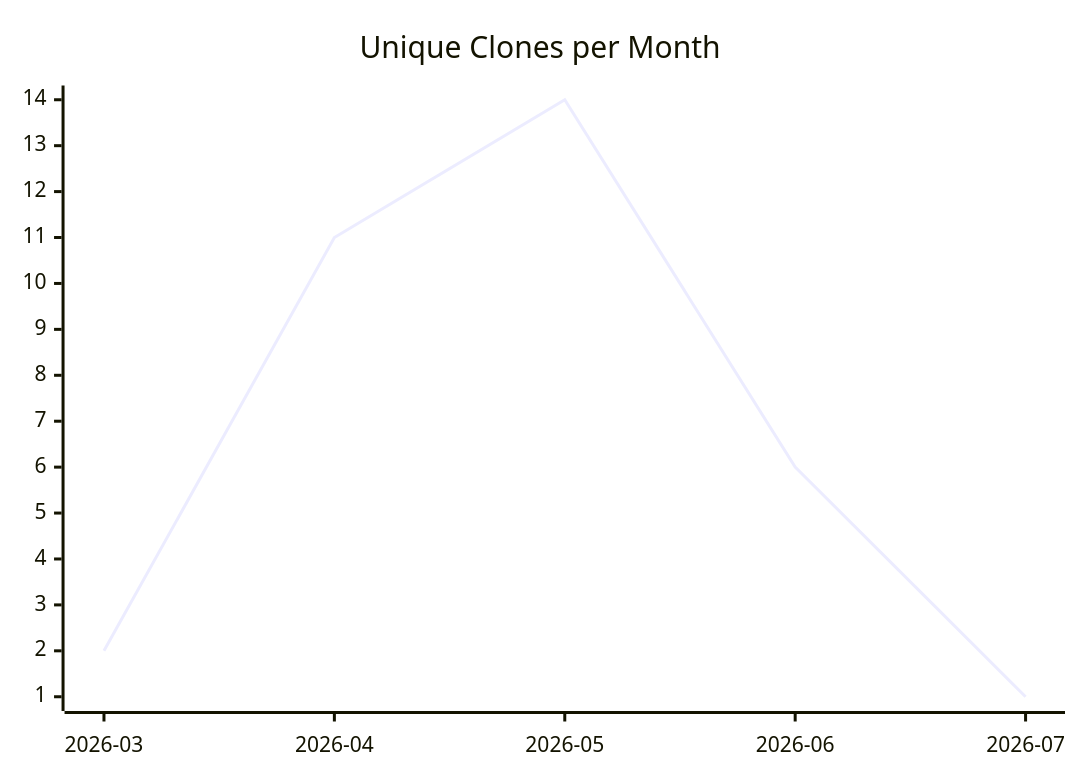
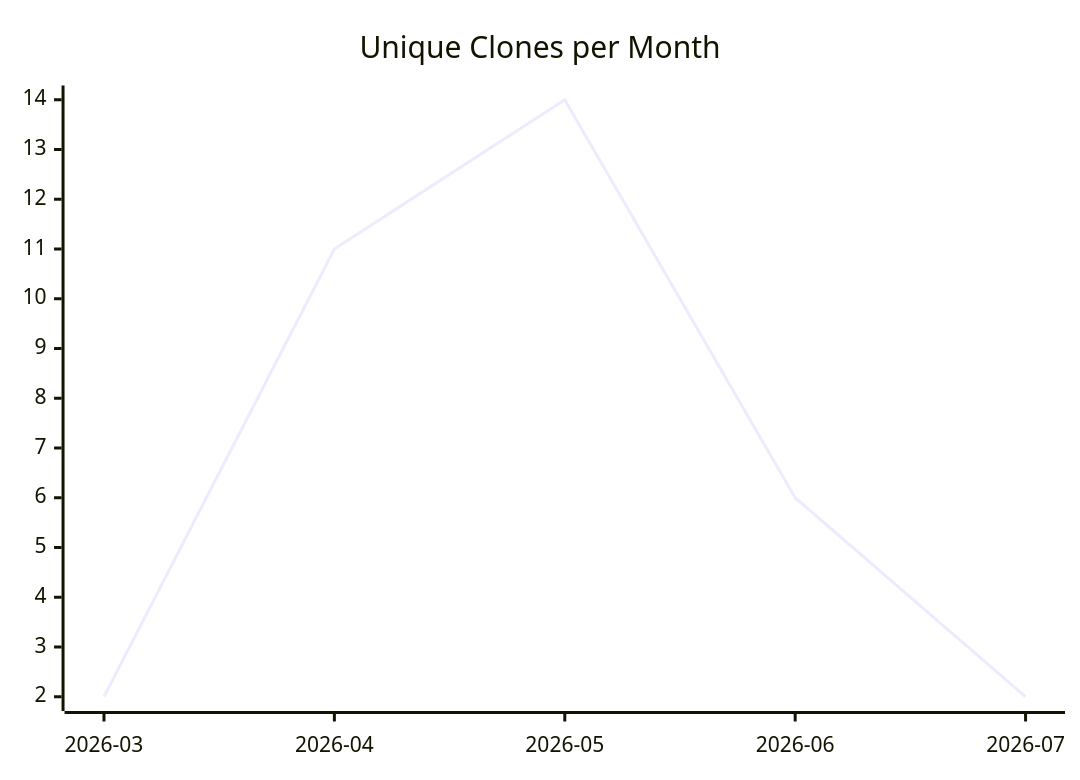
One commit to justdavis-family/github-analytics-data changed the third of 3 diagrams in karlmdavis/m2e-core/README.md. Above: the diagram before and after it, drawn with Mermaid. The commit also changed other lines of this file and 188 other files, not shown here.

````diff
--- a/karlmdavis/m2e-core/README.md
+++ b/karlmdavis/m2e-core/README.md
@@ -19,6 +19,6 @@
 ```mermaid
 xychart-beta
   title "Unique Clones per Month"
   x-axis ["2026-03", "2026-04", "2026-05", "2026-06", "2026-07"]
-  line [2, 11, 14, 6, 1]
+  line [2, 11, 14, 6, 2]
 ```
````
